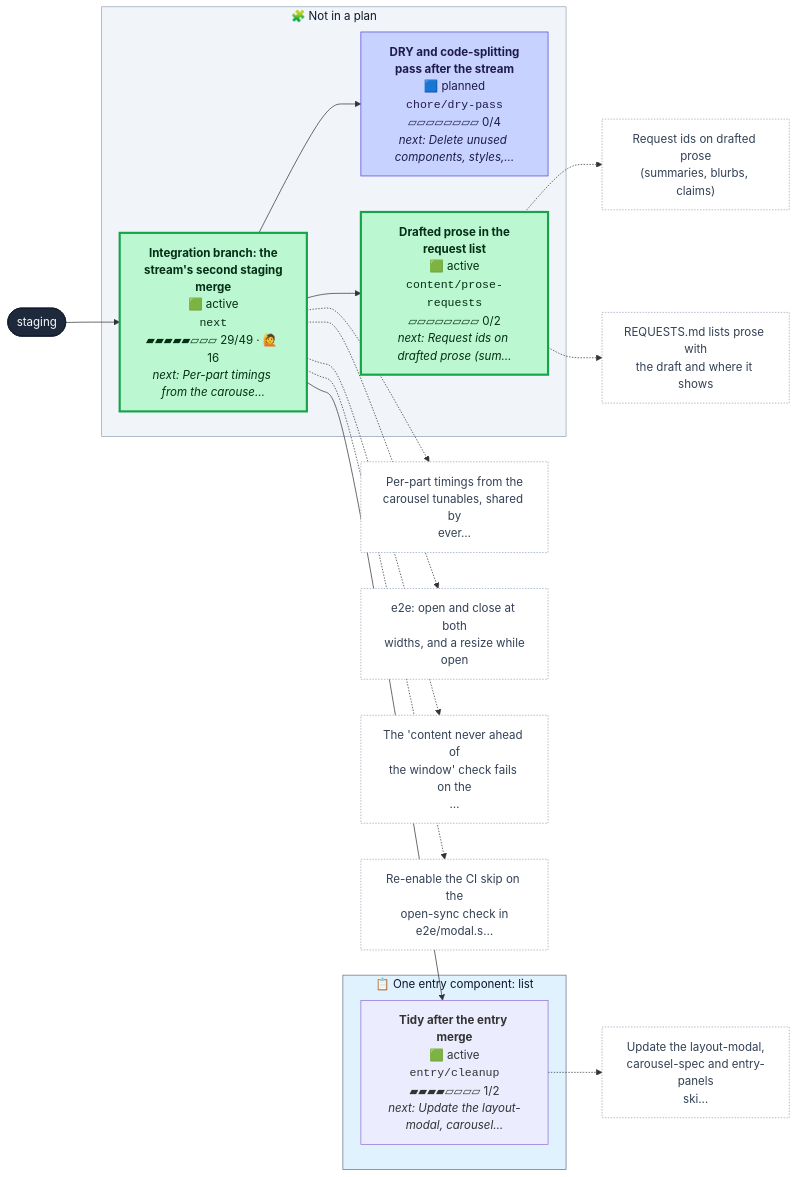
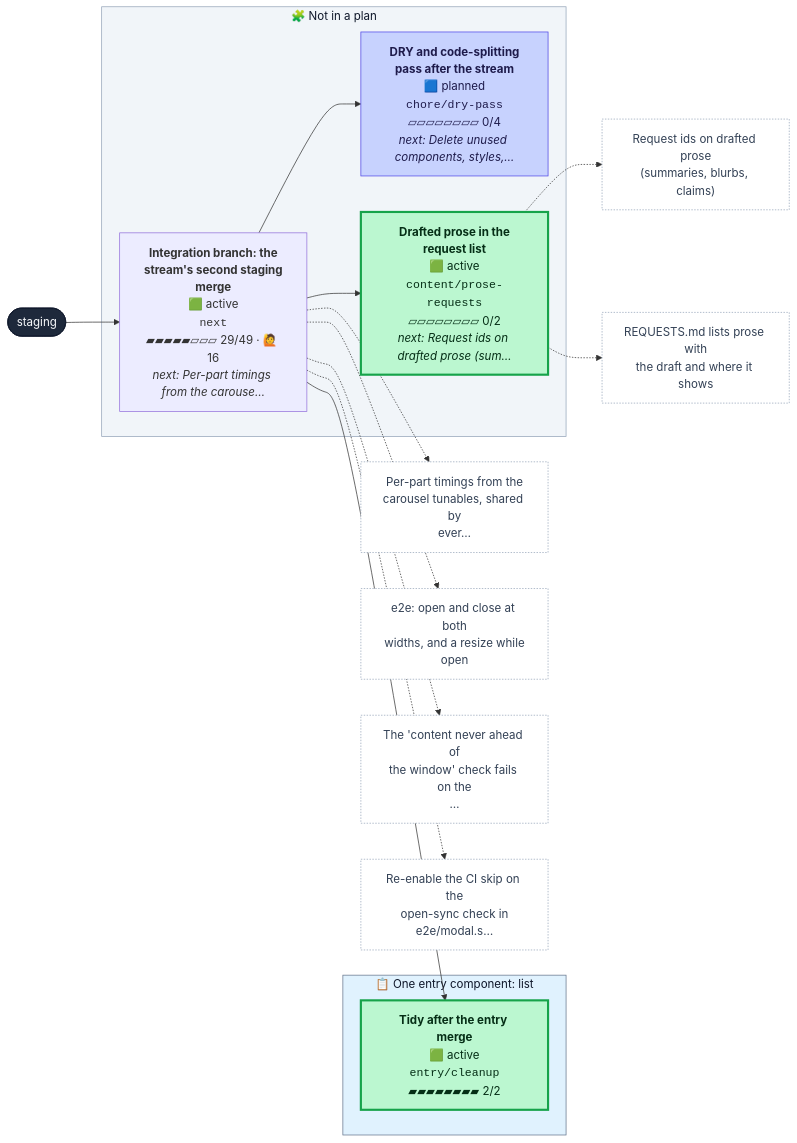
Before and after one commit to henryjonescodes/portfolio: the first of 2 diagrams in CONTRIBUTING.md, drawn with Mermaid. The commit also changed other lines of this file, not shown here.

````diff
--- a/CONTRIBUTING.md
+++ b/CONTRIBUTING.md
@@ -16,53 +16,50 @@
 ```mermaid
 flowchart LR
   n_staging([staging])
   class n_staging trunk
   subgraph plan_0["📋 One entry component: list"]
-    n_entry_cleanup["<b>Tidy after the entry merge</b><br/>🟩 active<br/><code>entry/cleanup</code><br/>▰▰▰▰▱▱▱▱ 1/2<br/><i>next: Update the layout-modal, carousel…</i>"]
-    class n_entry_cleanup active,current
+    n_entry_cleanup["<b>Tidy after the entry merge</b><br/>🟩 active<br/><code>entry/cleanup</code><br/>▰▰▰▰▰▰▰▰ 2/2"]
+    class n_entry_cleanup active
   end
   style plan_0 fill:#e0f2fe,stroke:#64748b,color:#0f172a
   subgraph loose["🧩 Not in a plan"]
     n_chore_dry_pass["<b>DRY and code-splitting<br/>pass after the stream</b><br/>🟦 planned<br/><code>chore/dry-pass</code><br/>▱▱▱▱▱▱▱▱ 0/4<br/><i>next: Delete unused components, styles,…</i>"]
     class n_chore_dry_pass planned
     n_content_prose_requests["<b>Drafted prose in the<br/>request list</b><br/>🟩 active<br/><code>content/prose-requests</code><br/>▱▱▱▱▱▱▱▱ 0/2<br/><i>next: Request ids on drafted prose (sum…</i>"]
     class n_content_prose_requests active
     n_next["<b>Integration branch: the<br/>stream's second staging<br/>merge</b><br/>🟩 active<br/><code>next</code><br/>▰▰▰▰▰▱▱▱ 29/49 · 🙋 16<br/><i>next: Per-part timings from the carouse…</i>"]
-    class n_next active
+    class n_next active,current
   end
   style loose fill:#f1f5f9,stroke:#94a3b8,color:#0f172a
   n_next --> n_chore_dry_pass
   n_next --> n_content_prose_requests
   n_next --> n_entry_cleanup
   n_staging --> n_next
   n_content_prose_requests_t0["Request ids on drafted prose<br/>(summaries, blurbs, claims)"]
   class n_content_prose_requests_t0 todo
   n_content_prose_requests -.-> n_content_prose_requests_t0
   n_content_prose_requests_t1["REQUESTS.md lists prose with<br/>the draft and where it shows"]
   class n_content_prose_requests_t1 todo
   n_content_prose_requests -.-> n_content_prose_requests_t1
-  n_entry_cleanup_t0["Update the layout-modal,<br/>carousel-spec and entry-panels<br/>ski…"]
-  class n_entry_cleanup_t0 todo
-  n_entry_cleanup -.-> n_entry_cleanup_t0
   n_next_t0["Per-part timings from the<br/>carousel tunables, shared by<br/>ever…"]
   class n_next_t0 todo
   n_next -.-> n_next_t0
   n_next_t1["e2e: open and close at both<br/>widths, and a resize while<br/>open"]
   class n_next_t1 todo
   n_next -.-> n_next_t1
   n_next_t2["The 'content never ahead of<br/>the window' check fails on the<br/>…"]
   class n_next_t2 todo
   n_next -.-> n_next_t2
   n_next_t3["Re-enable the CI skip on the<br/>open-sync check in<br/>e2e/modal.s…"]
   class n_next_t3 todo
   n_next -.-> n_next_t3
   classDef merged fill:#dcfce7,stroke:#16a34a,color:#052e16
   classDef todo fill:#ffffff,stroke:#94a3b8,stroke-dasharray:2 2,color:#334155
   classDef planned fill:#c7d2fe,stroke:#4f46e5,color:#1e1b4b
   classDef sketched fill:#f8fafc,stroke:#64748b,stroke-dasharray:4 3,color:#334155
   classDef active fill:#bbf7d0,stroke:#16a34a,stroke-width:3px,color:#052e16
   classDef review fill:#fde68a,stroke:#d97706,stroke-width:3px,color:#451a03
   classDef blocked fill:#fecaca,stroke:#dc2626,stroke-width:3px,color:#450a0a
   classDef trunk fill:#1e293b,stroke:#0f172a,color:#f8fafc
   classDef current stroke:#0ea5e9,stroke-width:5px
 ```
````
